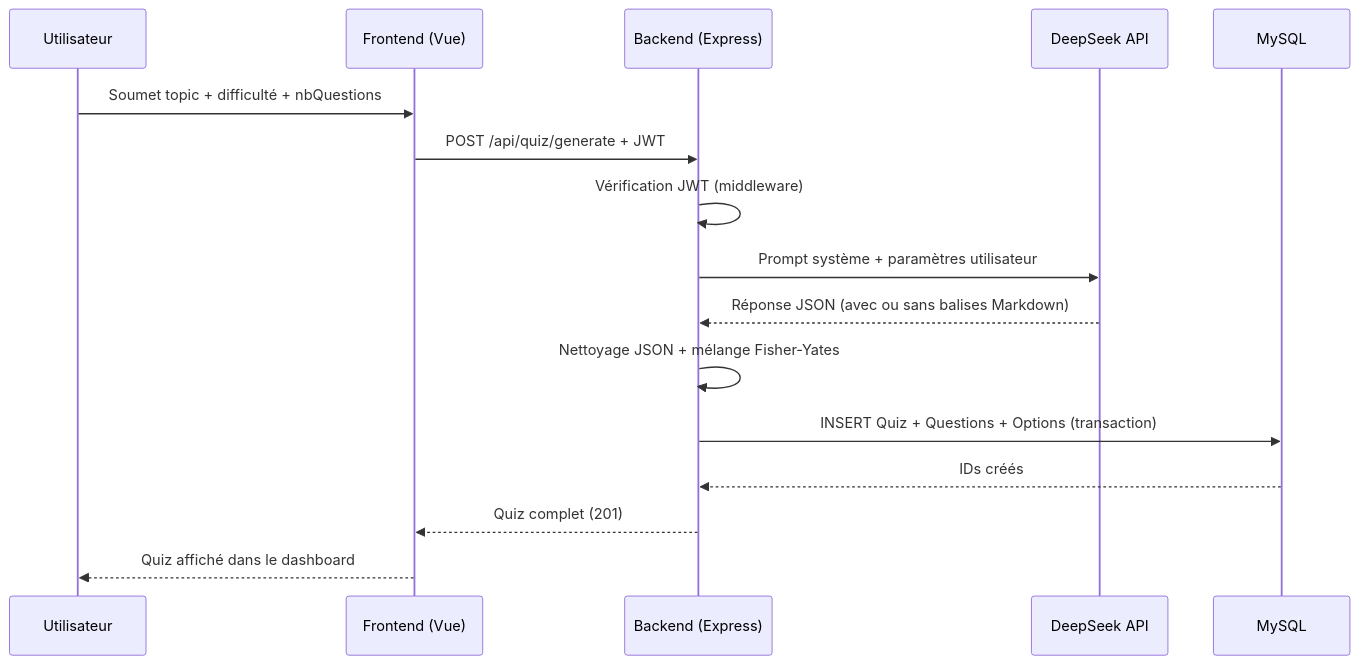
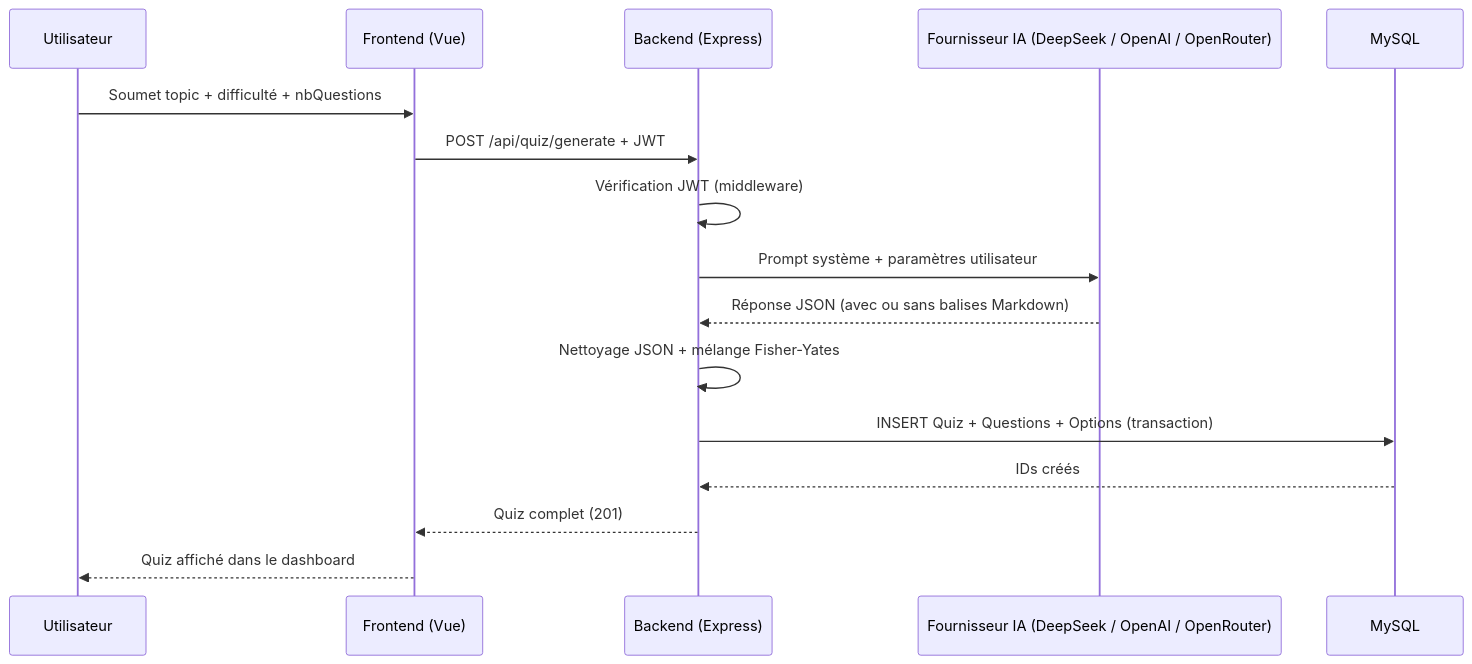
The sixth of 6 diagrams in README.md (rayanjsp/AIQuizMaker), drawn with Mermaid before and after one commit. The commit also changed other lines of this file and 48 other files, not shown here.

First line of the commit message:
feat(ai): Add multi-provider support (DeepSeek, OpenAI, OpenRouter)

````diff
--- a/README.md
+++ b/README.md
@@ -475,19 +466,19 @@
 ```mermaid
 sequenceDiagram
     participant U as Utilisateur
     participant F as Frontend (Vue)
     participant B as Backend (Express)
-    participant AI as DeepSeek API
+    participant AI as Fournisseur IA (DeepSeek / OpenAI / OpenRouter)
     participant DB as MySQL
 
     U->>F: Soumet topic + difficulté + nbQuestions
     F->>B: POST /api/quiz/generate + JWT
     B->>B: Vérification JWT (middleware)
     B->>AI: Prompt système + paramètres utilisateur
     AI-->>B: Réponse JSON (avec ou sans balises Markdown)
     B->>B: Nettoyage JSON + mélange Fisher-Yates
     B->>DB: INSERT Quiz + Questions + Options (transaction)
     DB-->>B: IDs créés
     B-->>F: Quiz complet (201)
     F-->>U: Quiz affiché dans le dashboard
 ```
````
